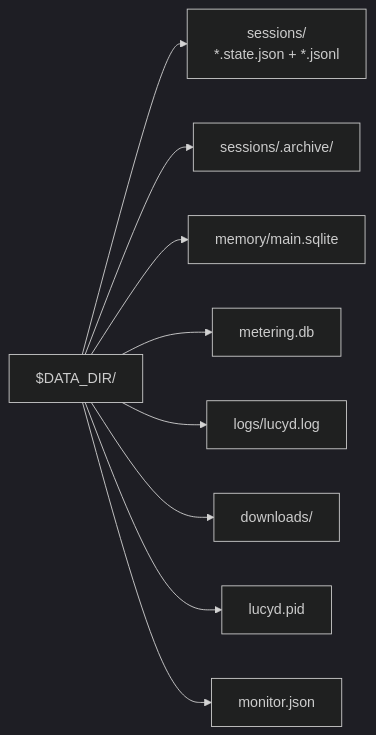
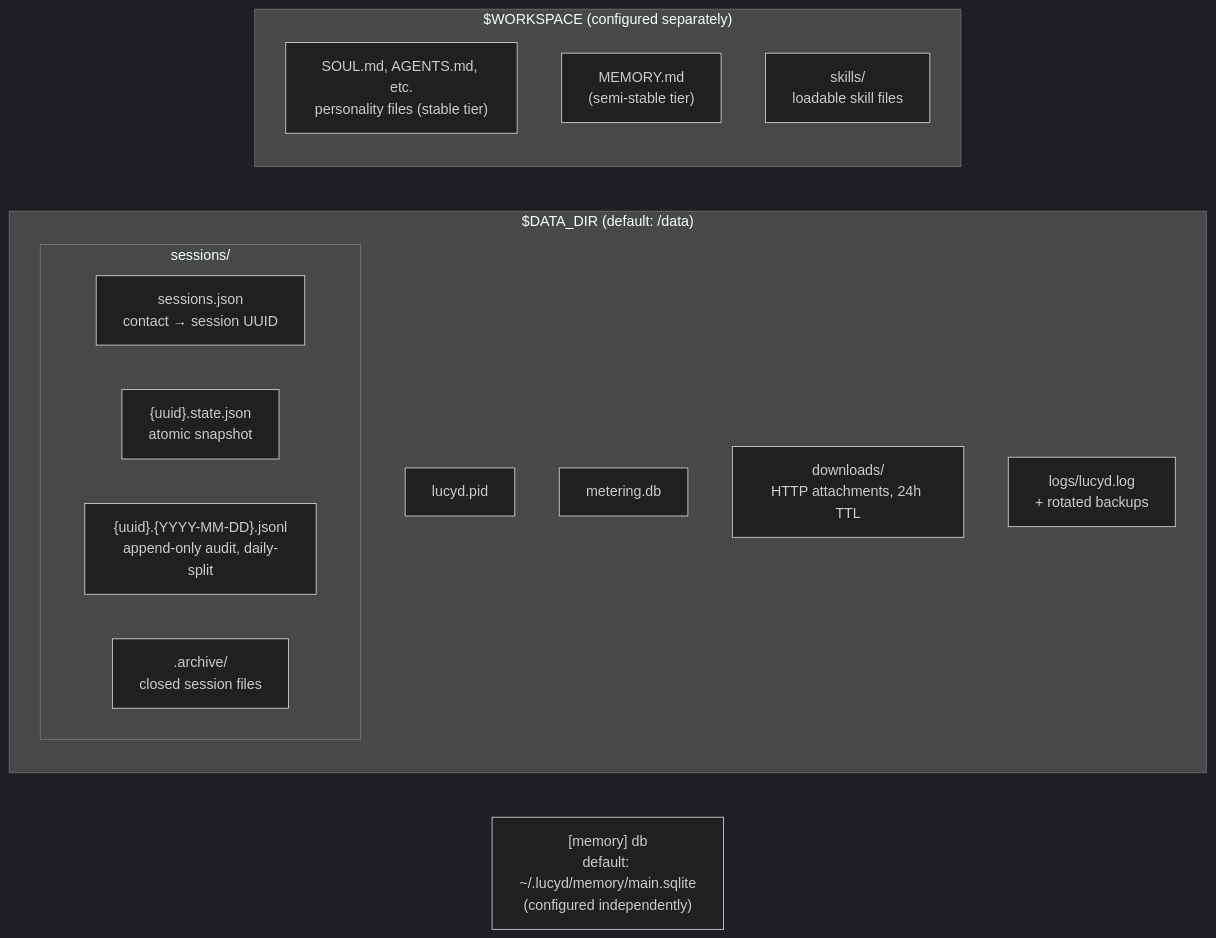
The ninth of 10 diagrams in docs/diagrams.md (nicolasforstinger/lucyd), drawn with Mermaid (dark theme) before and after one commit. The commit also changed other lines of this file and 18 other files, not shown here.

````diff
--- a/docs/diagrams.md
+++ b/docs/diagrams.md
@@ -341,21 +653,23 @@
 ```mermaid
 flowchart LR
-    ROOT["$DATA_DIR/"]
-    SESSIONS["sessions/<br/>*.state.json + *.jsonl"]
-    ARCHIVE["sessions/.archive/"]
-    MEMDB["memory/main.sqlite"]
-    METERING["metering.db"]
-    LOGS["logs/lucyd.log"]
-    DOWNLOADS["downloads/"]
-    PID["lucyd.pid"]
-    MONITOR["monitor.json"]
+    subgraph DataDir["$DATA_DIR (default: /data)"]
+        PID["lucyd.pid"]
+        METERING["metering.db"]
+        DOWNLOADS["downloads/<br/>HTTP attachments, 24h TTL"]
+        LOGS["logs/lucyd.log<br/>+ rotated backups"]
+        subgraph Sessions["sessions/"]
+            INDEX["sessions.json<br/>contact → session UUID"]
+            STATE["{uuid}.state.json<br/>atomic snapshot"]
+            JSONL["{uuid}.{YYYY-MM-DD}.jsonl<br/>append-only audit, daily-split"]
+            ARCHIVE[".archive/<br/>closed session files"]
+        end
+    end
 
-    ROOT --> SESSIONS
-    ROOT --> ARCHIVE
-    ROOT --> MEMDB
-    ROOT --> METERING
-    ROOT --> LOGS
-    ROOT --> DOWNLOADS
-    ROOT --> PID
-    ROOT --> MONITOR
+    subgraph Workspace["$WORKSPACE (configured separately)"]
+        PERSONA["SOUL.md, AGENTS.md, etc.<br/>personality files (stable tier)"]
+        MEMORY_MD["MEMORY.md<br/>(semi-stable tier)"]
+        SKILLS["skills/<br/>loadable skill files"]
+    end
+
+    MEMDB["[memory] db<br/>default: ~/.lucyd/memory/main.sqlite<br/>(configured independently)"]
 ```
````
